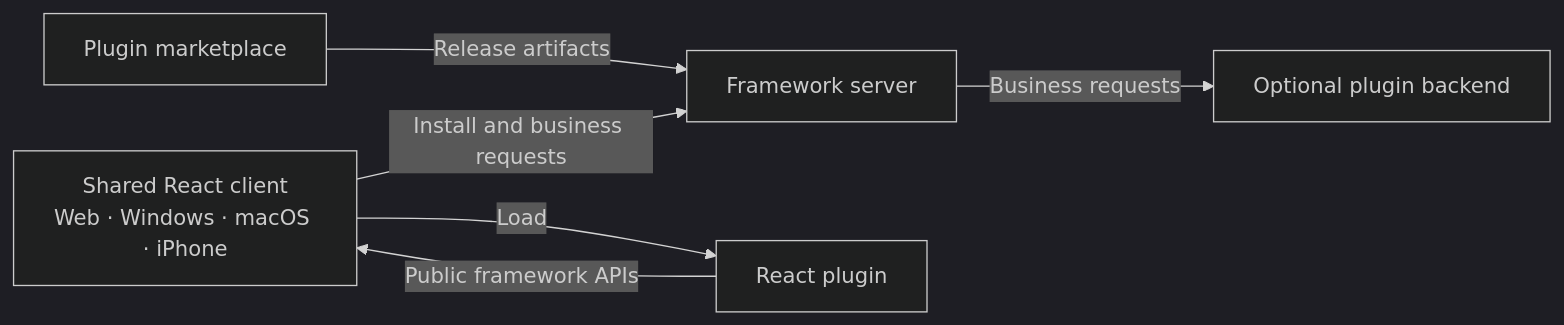
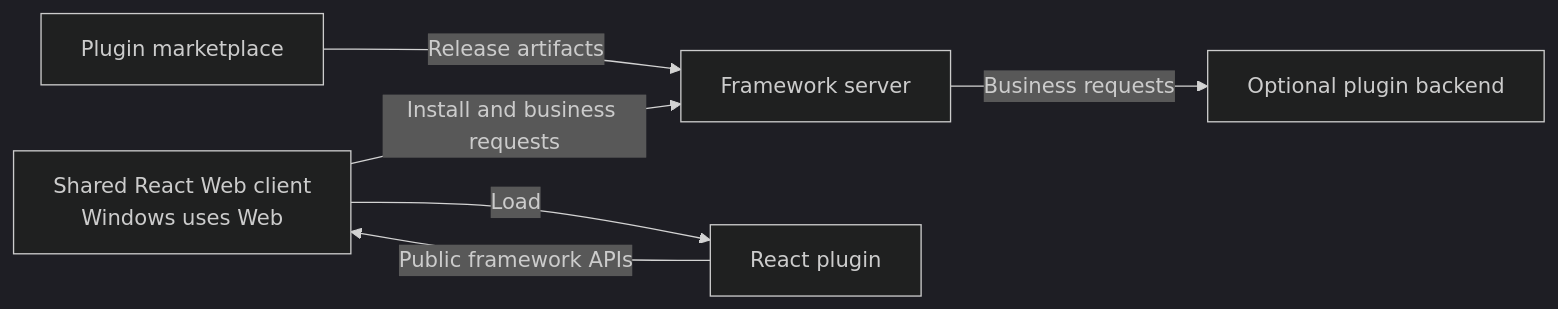
One commit to shenmuegit/Isola changed the diagram in README.md. Above: the diagram before and after it, drawn with Mermaid (dark theme). The commit also changed other lines of this file and 20 other files, not shown here.

Commit message:
feat: configure Isola shell and document Web acceptance

````diff
--- a/README.md
+++ b/README.md
@@ -55,17 +55,17 @@
 ```mermaid
 flowchart LR
-    accTitle: Isola Proposed Plugin Architecture
-    accDescr: The marketplace supplies plugin releases. The framework server installs them, and four client targets load the same React plugin artifact and access its optional backend.
+    accTitle: Isola Plugin Architecture
+    accDescr: The marketplace supplies plugin releases. The framework server installs them, and the shared Web client loads the React plugin artifact and accesses its optional backend.
 
     marketplace["Plugin marketplace"]
     server["Framework server"]
-    clients["Shared React client<br/>Web · Windows · macOS · iPhone"]
+    clients["Shared React Web client<br/>Windows uses Web"]
     plugin["React plugin"]
     backend["Optional plugin backend"]
 
     marketplace -->|Release artifacts| server
     clients -->|Install and business requests| server
     clients -->|Load| plugin
     plugin -->|Public framework APIs| clients
     server -->|Business requests| backend
 ```
````
